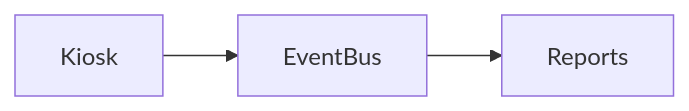
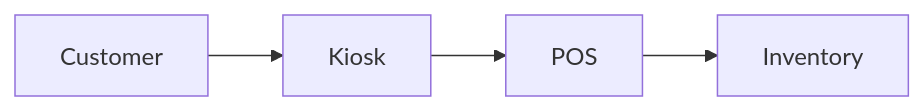
The diagram in ModulesDoc/KIOSK.md (sameheg/cafeos), drawn with Mermaid before and after one commit. The commit also changed other lines of this file and 21 other files, not shown here.

````diff
--- a/ModulesDoc/KIOSK.md
+++ b/ModulesDoc/KIOSK.md
@@ -16,5 +17,6 @@
 ```mermaid
 flowchart LR
-  A[Kiosk] --> B[EventBus]
-  B --> C[Reports]
+  Customer --> Kiosk
+  Kiosk --> POS
+  POS --> Inventory
 ```
````
